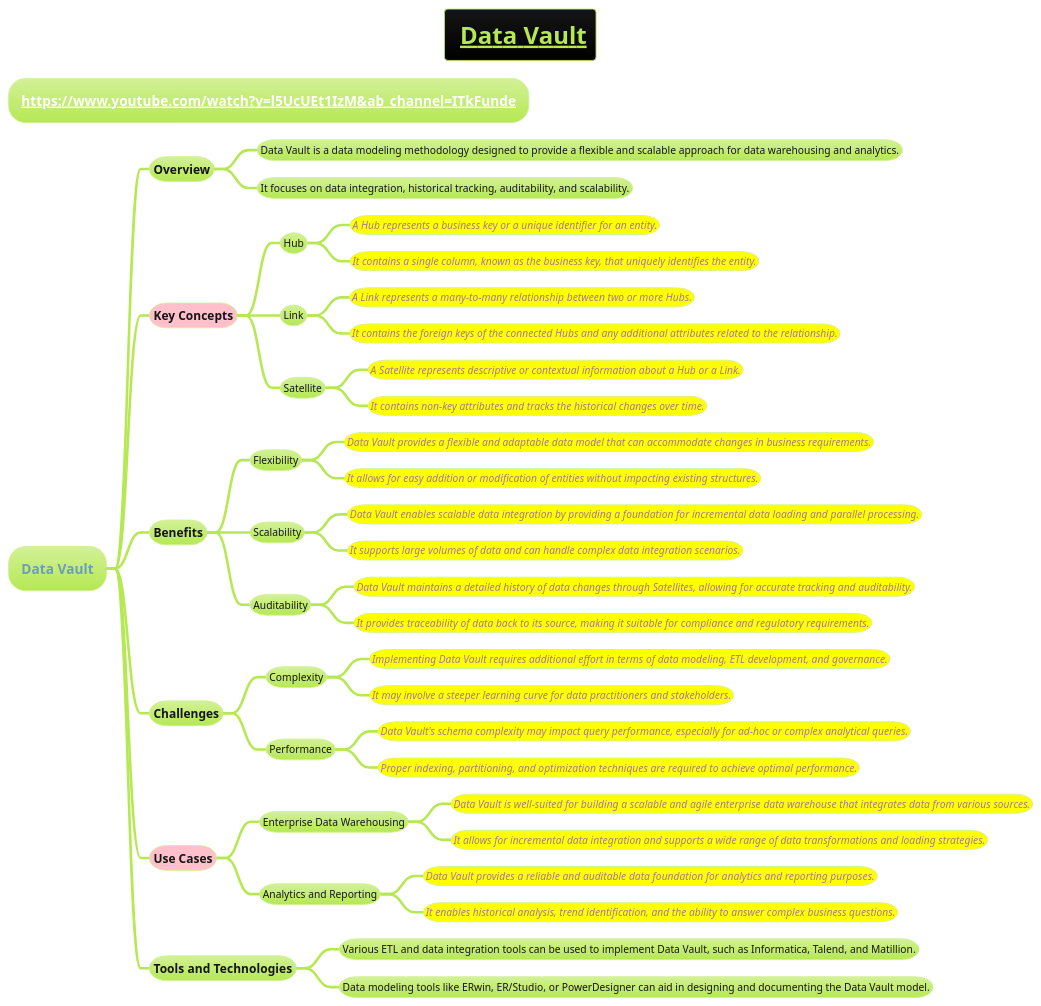
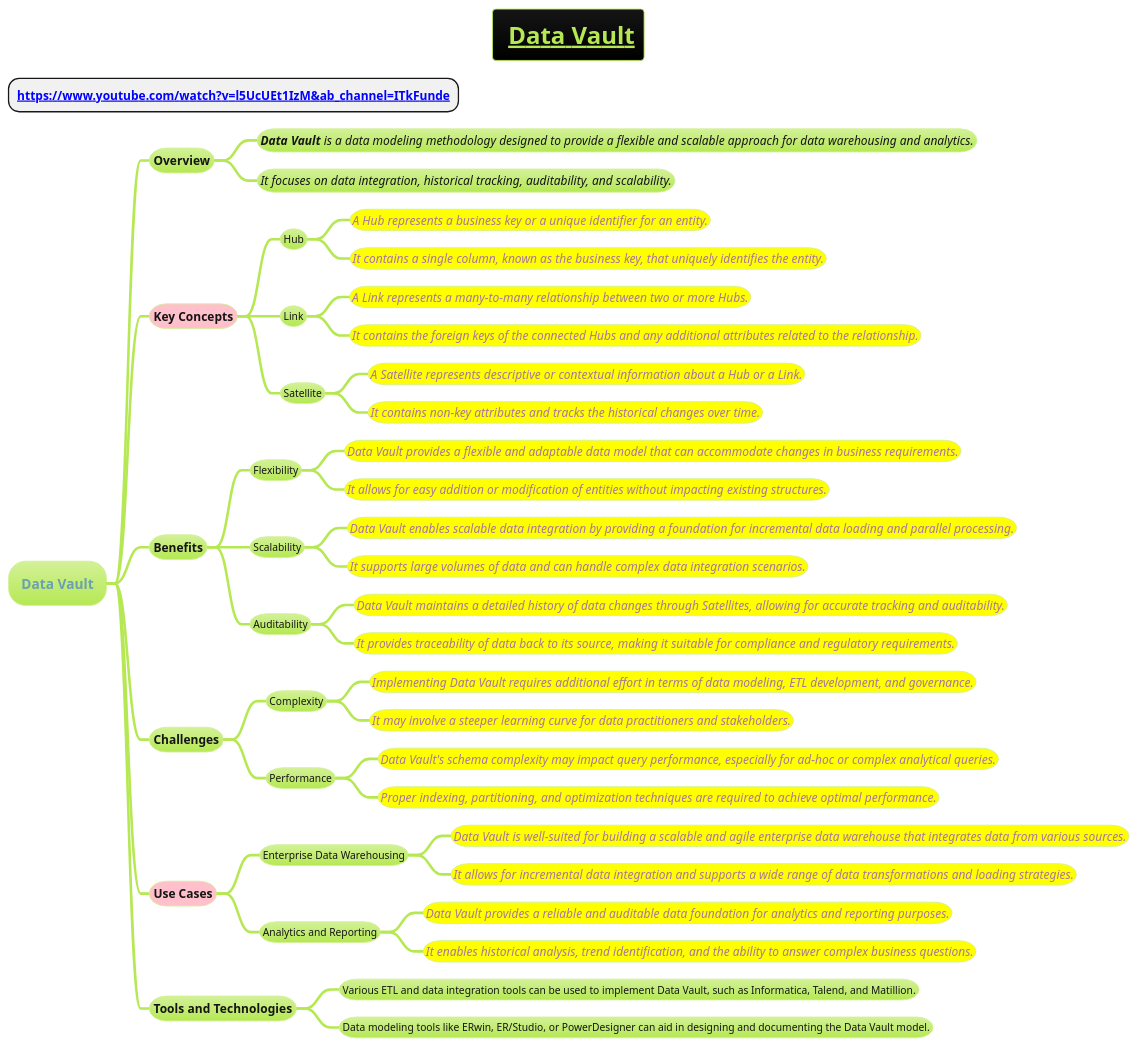
One commit to MehmoodHashmi/Documentation-as-Code-DaC changed the diagram in docs/AI-ML- DL-Data-Science-and-BigData/data-science/data-engineering/data-storage-and-management/modeling-methodology/Data-Vault.puml. Above: the diagram before and after it, drawn with PlantUML. The commit also changed 4 other files, not shown here.

```diff
--- a/docs/AI-ML- DL-Data-Science-and-BigData/data-science/data-engineering/data-storage-and-management/modeling-methodology/Data-Vault.puml
+++ b/docs/AI-ML- DL-Data-Science-and-BigData/data-science/data-engineering/data-storage-and-management/modeling-methodology/Data-Vault.puml
@@ -1,47 +1,47 @@
 @startmindmap
 title =__ Data Vault__
+* **[[https://www.youtube.com/watch?v=l5UcUEt1IzM&ab_channel=ITkFunde]]**
 !theme hacker
-* **[[https://www.youtube.com/watch?v=l5UcUEt1IzM&ab_channel=ITkFunde]]**
 
 * Data Vault
 ** Overview
-*** Data Vault is a data modeling methodology designed to provide a flexible and scalable approach for data warehousing and analytics.
-*** It focuses on data integration, historical tracking, auditability, and scalability.
+*** ====<size:14>**Data Vault** is a data modeling methodology designed to provide a flexible and scalable approach for data warehousing and analytics.
+*** ====<size:14>It focuses on data integration, historical tracking, auditability, and scalability.
 **[#pink] **Key Concepts**
 *** Hub
-****[#yellow] ====<size:12>A Hub represents a business key or a unique identifier for an entity.
-****[#yellow] ====<size:12>It contains a single column, known as the business key, that uniquely identifies the entity.
+****[#yellow] ====<size:14>A Hub represents a business key or a unique identifier for an entity.
+****[#yellow] ====<size:14>It contains a single column, known as the business key, that uniquely identifies the entity.
 *** Link
-****[#yellow] ====<size:12>A Link represents a many-to-many relationship between two or more Hubs.
-****[#yellow] ====<size:12>It contains the foreign keys of the connected Hubs and any additional attributes related to the relationship.
+****[#yellow] ====<size:14>A Link represents a many-to-many relationship between two or more Hubs.
+****[#yellow] ====<size:14>It contains the foreign keys of the connected Hubs and any additional attributes related to the relationship.
 *** Satellite
-****[#yellow] ====<size:12>A Satellite represents descriptive or contextual information about a Hub or a Link.
-****[#yellow] ====<size:12>It contains non-key attributes and tracks the historical changes over time.
+****[#yellow] ====<size:14>A Satellite represents descriptive or contextual information about a Hub or a Link.
+****[#yellow] ====<size:14>It contains non-key attributes and tracks the historical changes over time.
 ** Benefits
 *** Flexibility
-****[#yellow] ====<size:12>Data Vault provides a flexible and adaptable data model that can accommodate changes in business requirements.
-****[#yellow] ====<size:12>It allows for easy addition or modification of entities without impacting existing structures.
+****[#yellow] ====<size:14>Data Vault provides a flexible and adaptable data model that can accommodate changes in business requirements.
+****[#yellow] ====<size:14>It allows for easy addition or modification of entities without impacting existing structures.
 *** Scalability
-****[#yellow] ====<size:12>Data Vault enables scalable data integration by providing a foundation for incremental data loading and parallel processing.
-****[#yellow] ====<size:12>It supports large volumes of data and can handle complex data integration scenarios.
+****[#yellow] ====<size:14>Data Vault enables scalable data integration by providing a foundation for incremental data loading and parallel processing.
+****[#yellow] ====<size:14>It supports large volumes of data and can handle complex data integration scenarios.
 *** Auditability
-****[#yellow] ====<size:12>Data Vault maintains a detailed history of data changes through Satellites, allowing for accurate tracking and auditability.
-****[#yellow] ====<size:12>It provides traceability of data back to its source, making it suitable for compliance and regulatory requirements.
+****[#yellow] ====<size:14>Data Vault maintains a detailed history of data changes through Satellites, allowing for accurate tracking and auditability.
+****[#yellow] ====<size:14>It provides traceability of data back to its source, making it suitable for compliance and regulatory requirements.
 ** Challenges
 *** Complexity
-****[#yellow] ====<size:12>Implementing Data Vault requires additional effort in terms of data modeling, ETL development, and governance.
-****[#yellow] ====<size:12>It may involve a steeper learning curve for data practitioners and stakeholders.
+****[#yellow] ====<size:14>Implementing Data Vault requires additional effort in terms of data modeling, ETL development, and governance.
+****[#yellow] ====<size:14>It may involve a steeper learning curve for data practitioners and stakeholders.
 *** Performance
-****[#yellow] ====<size:12>Data Vault's schema complexity may impact query performance, especially for ad-hoc or complex analytical queries.
-****[#yellow] ====<size:12>Proper indexing, partitioning, and optimization techniques are required to achieve optimal performance.
+****[#yellow] ====<size:14>Data Vault's schema complexity may impact query performance, especially for ad-hoc or complex analytical queries.
+****[#yellow] ====<size:14>Proper indexing, partitioning, and optimization techniques are required to achieve optimal performance.
 **[#pink] Use Cases
 *** Enterprise Data Warehousing
-****[#yellow] ====<size:12>Data Vault is well-suited for building a scalable and agile enterprise data warehouse that integrates data from various sources.
-****[#yellow] ====<size:12>It allows for incremental data integration and supports a wide range of data transformations and loading strategies.
+****[#yellow] ====<size:14>Data Vault is well-suited for building a scalable and agile enterprise data warehouse that integrates data from various sources.
+****[#yellow] ====<size:14>It allows for incremental data integration and supports a wide range of data transformations and loading strategies.
 *** Analytics and Reporting
-****[#yellow] ====<size:12>Data Vault provides a reliable and auditable data foundation for analytics and reporting purposes.
-****[#yellow] ====<size:12>It enables historical analysis, trend identification, and the ability to answer complex business questions.
+****[#yellow] ====<size:14>Data Vault provides a reliable and auditable data foundation for analytics and reporting purposes.
+****[#yellow] ====<size:14>It enables historical analysis, trend identification, and the ability to answer complex business questions.
 ** Tools and Technologies
 *** Various ETL and data integration tools can be used to implement Data Vault, such as Informatica, Talend, and Matillion.
 *** Data modeling tools like ERwin, ER/Studio, or PowerDesigner can aid in designing and documenting the Data Vault model.
 @endmindmap
```
